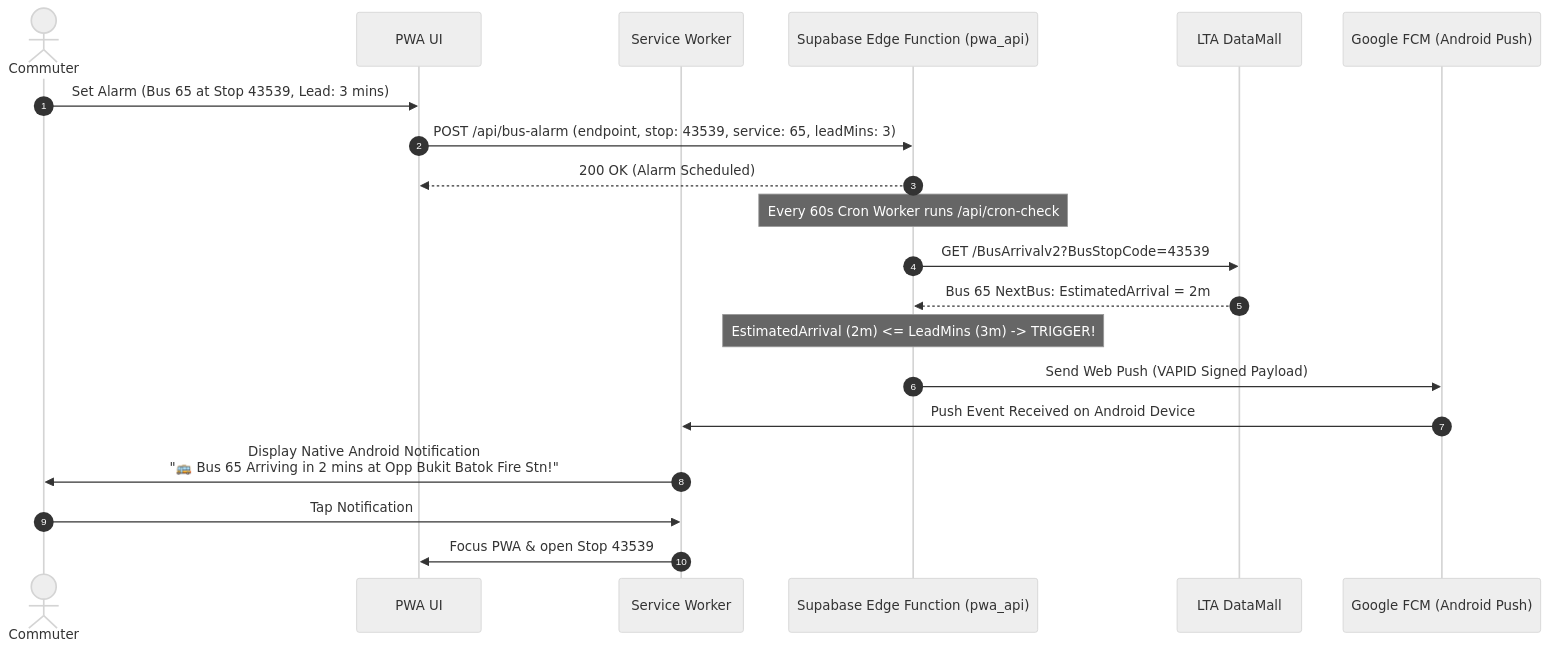
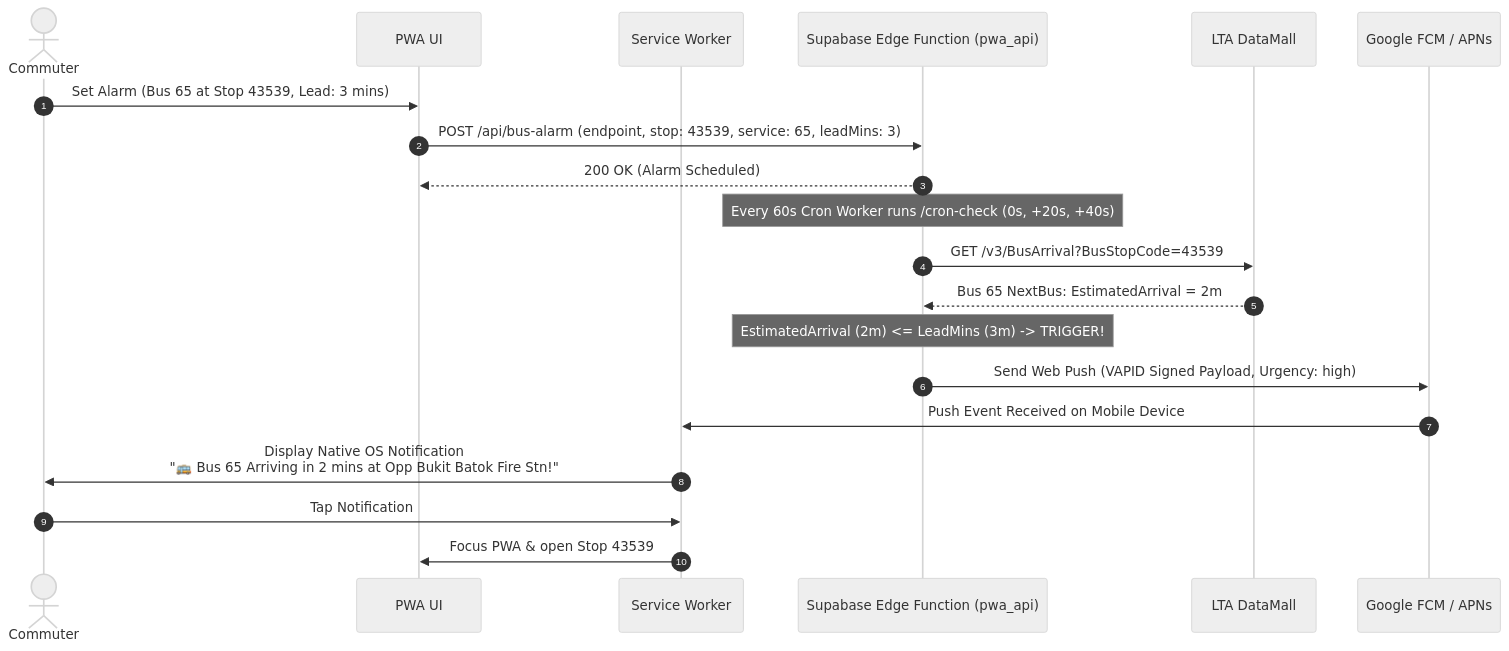
One commit to jasontan89/sg-bus-kaki-pwa changed the second of 3 diagrams in ARCHITECTURE.md. Above: the diagram before and after it, drawn with Mermaid (neutral theme). The commit also changed other lines of this file and 13 other files, not shown here.

Commit message:
feat(alight): add cloud background live-bus GPS tracking, 3-pulse Web Push, and mobile UI fixes

````diff
--- a/ARCHITECTURE.md
+++ b/ARCHITECTURE.md
@@ -82,25 +82,25 @@
 ```mermaid
 sequenceDiagram
     autonumber
     actor User as Commuter
     participant PWA as PWA UI
     participant SW as Service Worker
     participant BE as Supabase Edge Function (pwa_api)
     participant LTA as LTA DataMall
-    participant FCM as Google FCM (Android Push)
+    participant FCM as Google FCM / APNs
 
     User->>PWA: Set Alarm (Bus 65 at Stop 43539, Lead: 3 mins)
     PWA->>BE: POST /api/bus-alarm (endpoint, stop: 43539, service: 65, leadMins: 3)
     BE-->>PWA: 200 OK (Alarm Scheduled)
     
-    Note over BE: Every 60s Cron Worker runs /api/cron-check
-    BE->>LTA: GET /BusArrivalv2?BusStopCode=43539
+    Note over BE: Every 60s Cron Worker runs /cron-check (0s, +20s, +40s)
+    BE->>LTA: GET /v3/BusArrival?BusStopCode=43539
     LTA-->>BE: Bus 65 NextBus: EstimatedArrival = 2m
     Note over BE: EstimatedArrival (2m) <= LeadMins (3m) -> TRIGGER!
     
-    BE->>FCM: Send Web Push (VAPID Signed Payload)
-    FCM->>SW: Push Event Received on Android Device
-    SW->>User: Display Native Android Notification<br/>"🚌 Bus 65 Arriving in 2 mins at Opp Bukit Batok Fire Stn!"
+    BE->>FCM: Send Web Push (VAPID Signed Payload, Urgency: high)
+    FCM->>SW: Push Event Received on Mobile Device
+    SW->>User: Display Native OS Notification<br/>"🚌 Bus 65 Arriving in 2 mins at Opp Bukit Batok Fire Stn!"
     User->>SW: Tap Notification
     SW->>PWA: Focus PWA & open Stop 43539
 ```
````
